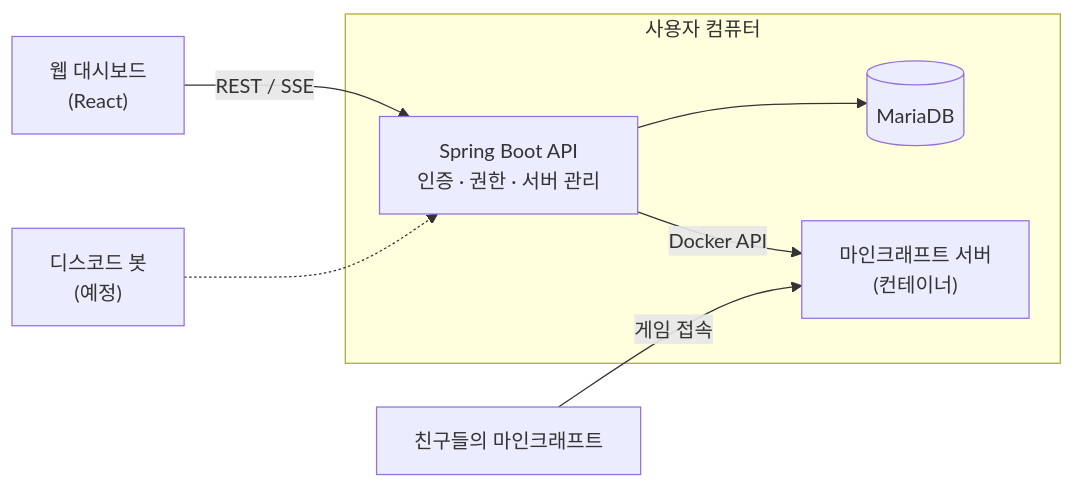
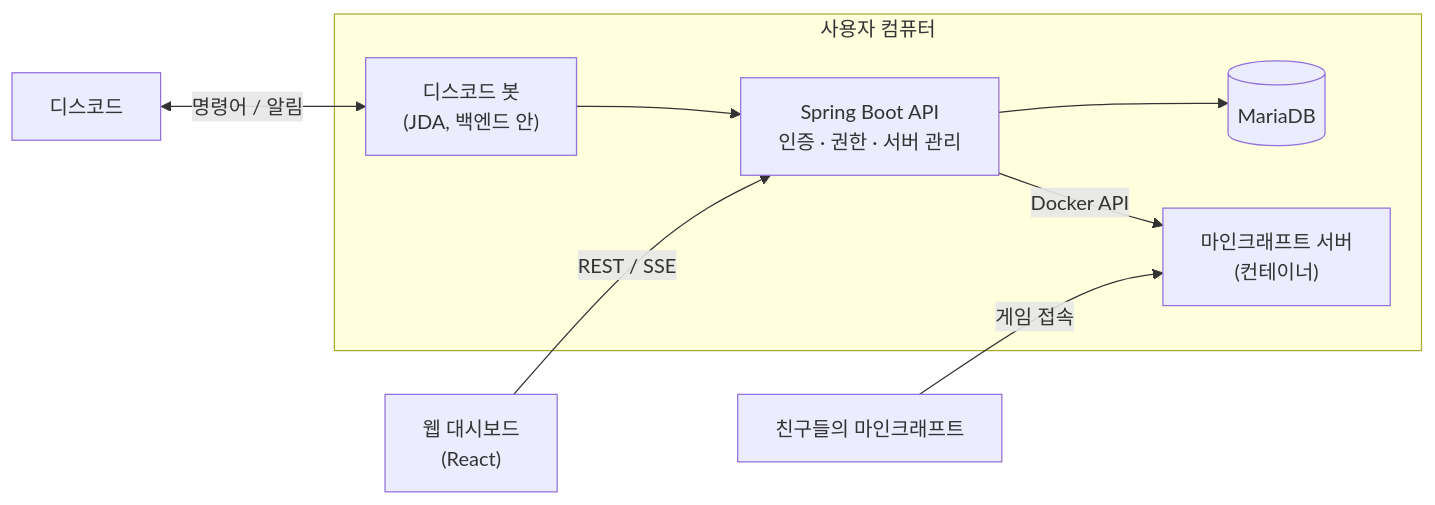
The diagram in README.md (Sleep404NF/serverdock), drawn with Mermaid before and after one commit. The commit also changed other lines of this file and 1 other file, not shown here.

Commit message:
docs: document discord bot setup

````diff
--- a/README.md
+++ b/README.md
@@ -61,12 +61,12 @@
 ```mermaid
 flowchart LR
-    Web["웹 대시보드<br/>(React)"] -->|REST / SSE| API
-    Bot["디스코드 봇<br/>(예정)"] -.-> API
-
     subgraph Host["사용자 컴퓨터"]
-        API["Spring Boot API<br/>인증 · 권한 · 서버 관리"] --> DB[("MariaDB")]
+        Bot["디스코드 봇<br/>(JDA, 백엔드 안)"] --> API["Spring Boot API<br/>인증 · 권한 · 서버 관리"]
+        API --> DB[("MariaDB")]
         API -->|Docker API| MC["마인크래프트 서버<br/>(컨테이너)"]
     end
 
+    Web["웹 대시보드<br/>(React)"] -->|REST / SSE| API
+    Discord["디스코드"] <-->|명령어 / 알림| Bot
     Friends["친구들의 마인크래프트"] -->|게임 접속| MC
 ```
````
